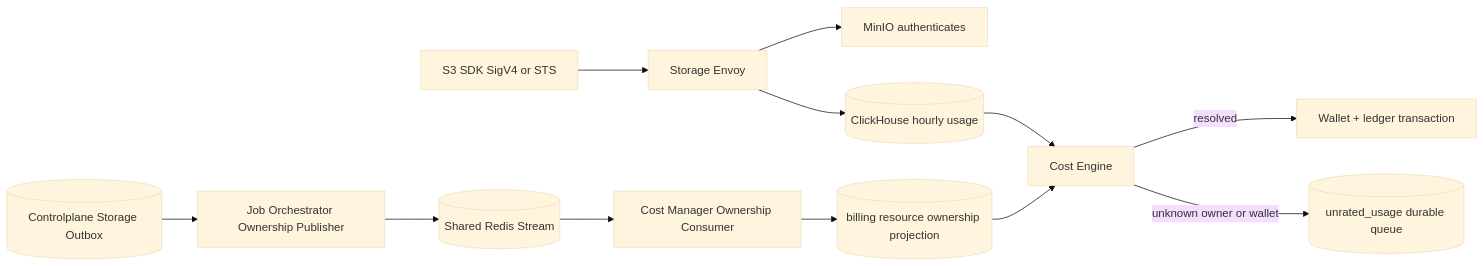
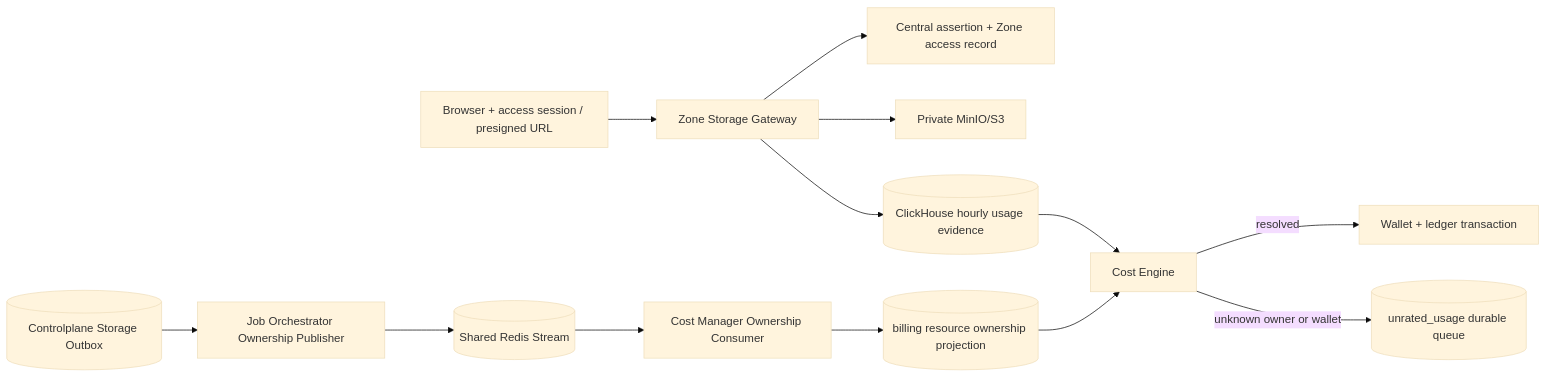
Before and after one commit to phucle996/aurora: the diagram in god_view/billing/storage_usage_billing_god_view.md, drawn with Mermaid (base theme). The commit also changed other lines of this file and 66 other files, not shown here.

````diff
--- a/god_view/billing/storage_usage_billing_god_view.md
+++ b/god_view/billing/storage_usage_billing_god_view.md
@@ -11,14 +11,15 @@
 ```mermaid
 flowchart LR
-    SDK[S3 SDK SigV4 or STS] --> ENV[Storage Envoy]
-    ENV --> MINIO[MinIO authenticates]
-    ENV --> CH[(ClickHouse hourly usage)]
+    SDK[Browser + access session / presigned URL] --> ENV[Zone Storage Gateway]
+    ENV --> AUTHZ[Central assertion + Zone access record]
+    ENV --> MINIO[Private MinIO/S3]
+    ENV --> CH[(ClickHouse hourly usage evidence)]
     CP[(Controlplane Storage Outbox)] --> JO[Job Orchestrator Ownership Publisher]
     JO --> RS[(Shared Redis Stream)]
     RS --> CONSUMER[Cost Manager Ownership Consumer]
     CONSUMER --> PROJ[(billing resource ownership projection)]
     CH --> ENG[Cost Engine]
     PROJ --> ENG
     ENG -->|resolved| WALLET[Wallet + ledger transaction]
     ENG -->|unknown owner or wallet| UNRATED[(unrated_usage durable queue)]
 ```
````
